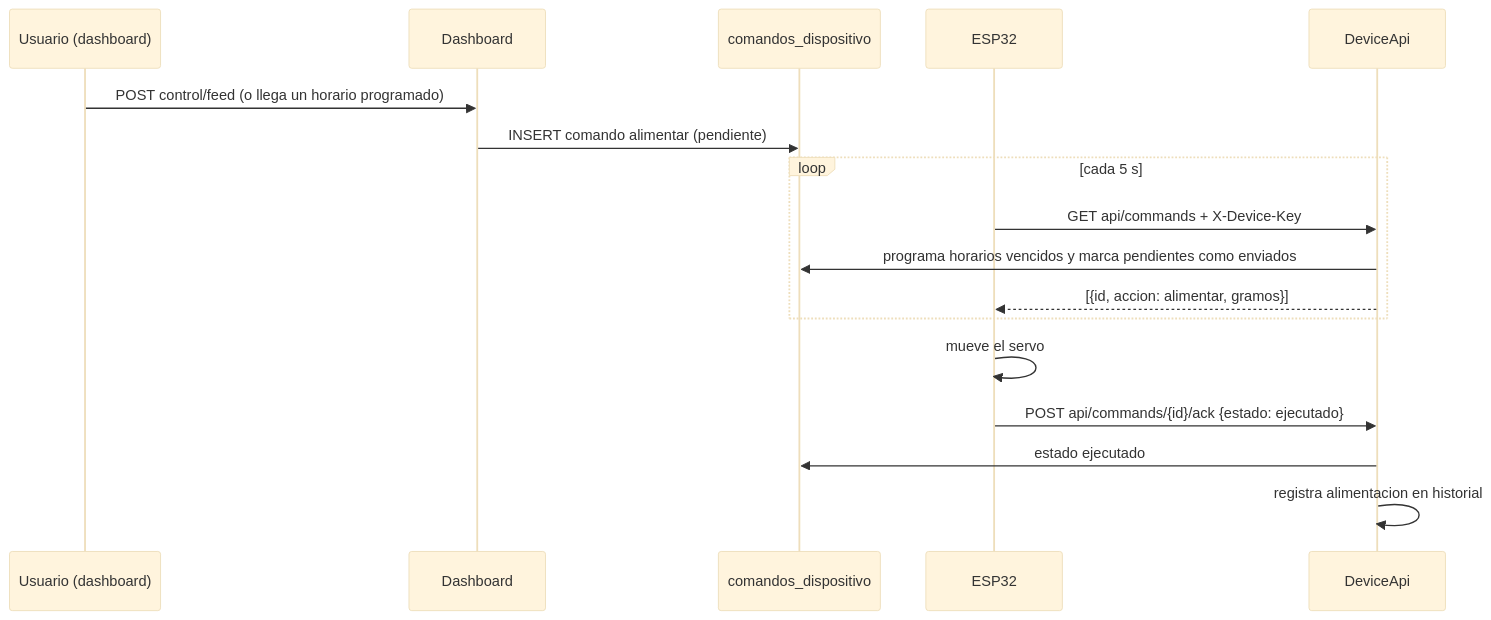
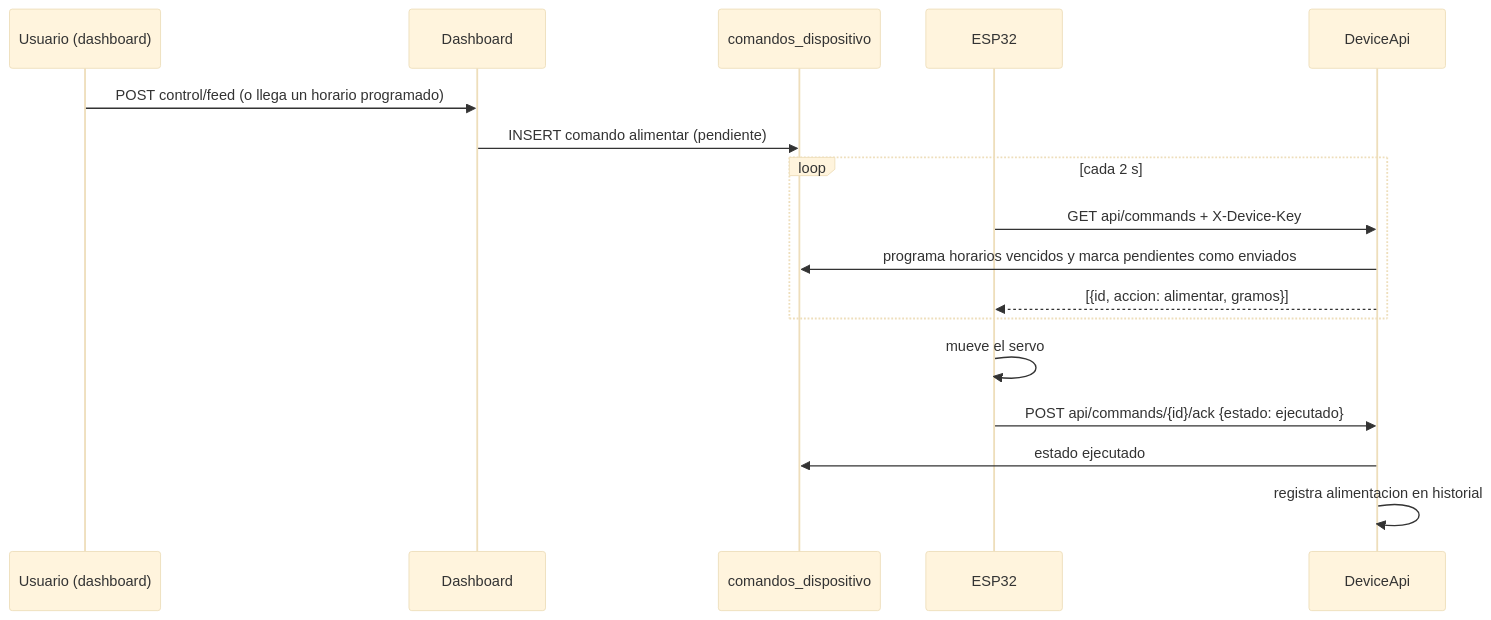
Before and after one commit to TuVieja22/AquaControl: the seventh of 10 diagrams in BACKEND_DOCUMENTACION.md, drawn with Mermaid (base theme). The commit also changed other lines of this file and 10 other files, not shown here.

````diff
--- a/BACKEND_DOCUMENTACION.md
+++ b/BACKEND_DOCUMENTACION.md
@@ -955,19 +975,19 @@
 ```mermaid
 sequenceDiagram
     participant U as Usuario (dashboard)
     participant W as Dashboard
     participant Q as comandos_dispositivo
     participant E as ESP32
     participant A as DeviceApi
     U->>W: POST control/feed (o llega un horario programado)
     W->>Q: INSERT comando alimentar (pendiente)
-    loop cada 5 s
+    loop cada 2 s
         E->>A: GET api/commands + X-Device-Key
         A->>Q: programa horarios vencidos y marca pendientes como enviados
         A-->>E: [{id, accion: alimentar, gramos}]
     end
     E->>E: mueve el servo
     E->>A: POST api/commands/{id}/ack {estado: ejecutado}
     A->>Q: estado ejecutado
     A->>A: registra alimentacion en historial
 ```
````
